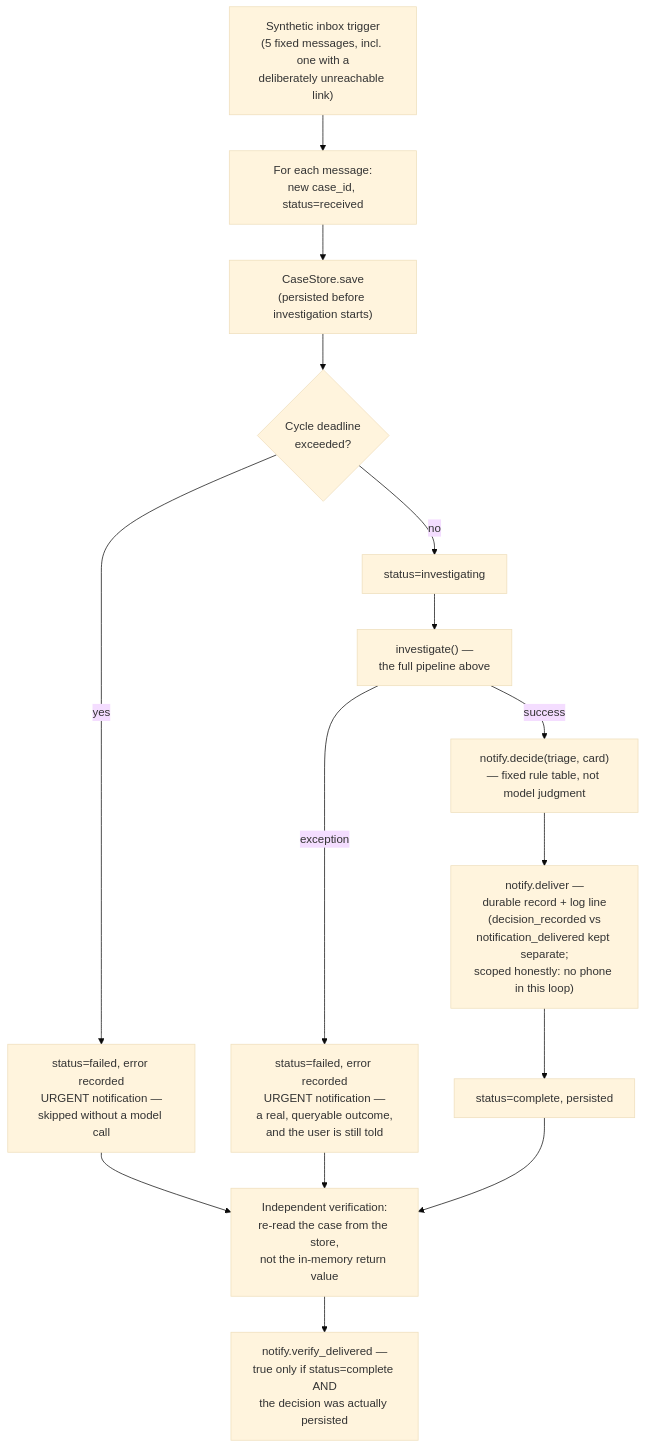
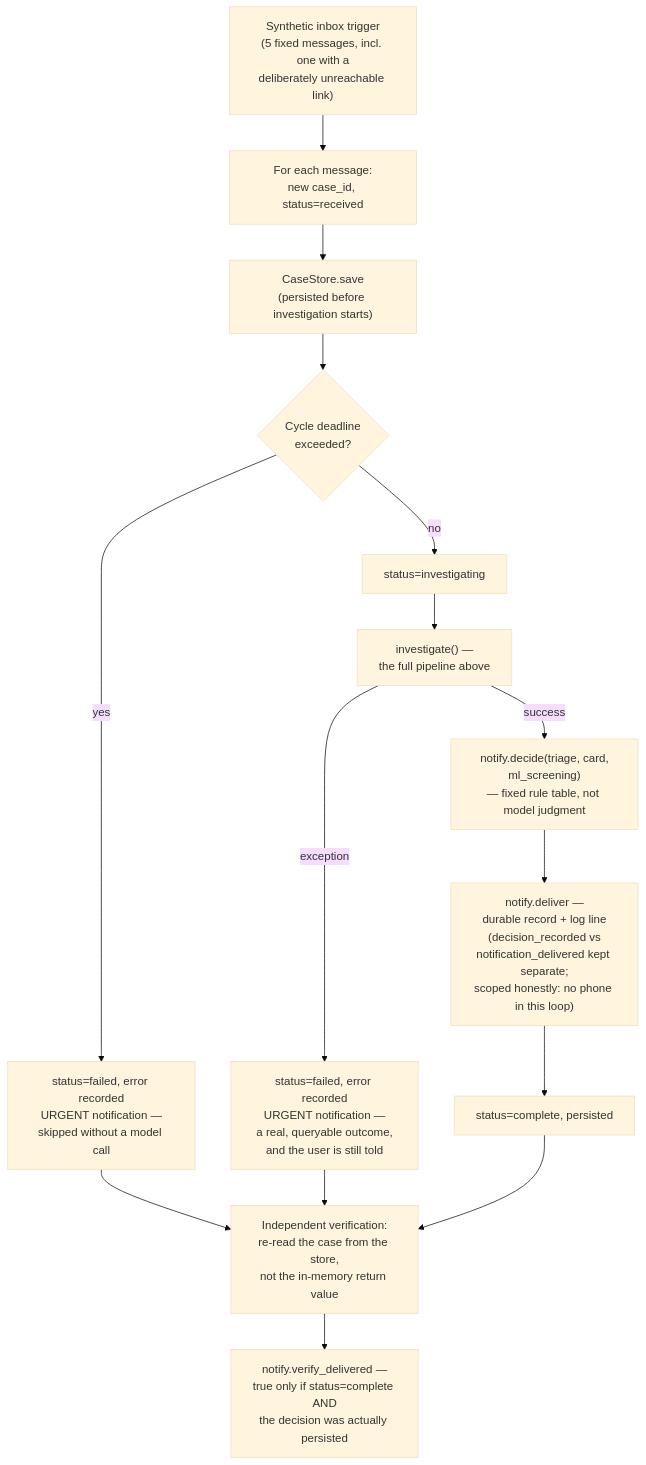
The second of 2 diagrams in ARCHITECTURE.md (DavidDruker/smishsentinel), drawn with Mermaid (base theme) before and after one commit. The commit also changed other lines of this file and 17 other files, not shown here.

````diff
--- a/ARCHITECTURE.md
+++ b/ARCHITECTURE.md
@@ -67,17 +69,17 @@
 ```mermaid
 flowchart TD
     A["Synthetic inbox trigger<br/>(5 fixed messages, incl. one with a<br/>deliberately unreachable link)"] --> B["For each message:<br/>new case_id, status=received"]
     B --> C["CaseStore.save<br/>(persisted before investigation starts)"]
     C --> C2{"Cycle deadline<br/>exceeded?"}
     C2 -->|yes| F2["status=failed, error recorded<br/>URGENT notification —<br/>skipped without a model call"]
     C2 -->|no| D["status=investigating"]
     D --> E["investigate() —<br/>the full pipeline above"]
     E -->|exception| F["status=failed, error recorded<br/>URGENT notification —<br/>a real, queryable outcome,<br/>and the user is still told"]
-    E -->|success| G["notify.decide(triage, card)<br/>— fixed rule table, not model judgment"]
+    E -->|success| G["notify.decide(triage, card,<br/>ml_screening)<br/>— fixed rule table, not model judgment"]
     G --> H["notify.deliver —<br/>durable record + log line<br/>(decision_recorded vs<br/>notification_delivered kept separate;<br/>scoped honestly: no phone in this loop)"]
     H --> I["status=complete, persisted"]
     F --> J["Independent verification:<br/>re-read the case from the store,<br/>not the in-memory return value"]
     F2 --> J
     I --> J
     J --> K["notify.verify_delivered —<br/>true only if status=complete AND<br/>the decision was actually persisted"]
 ```
````
